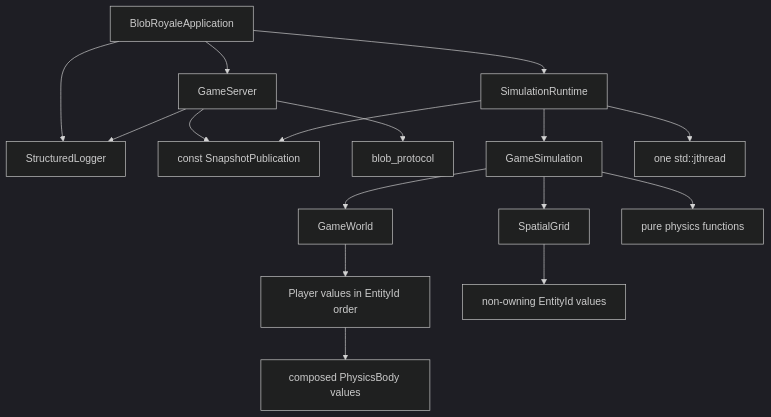
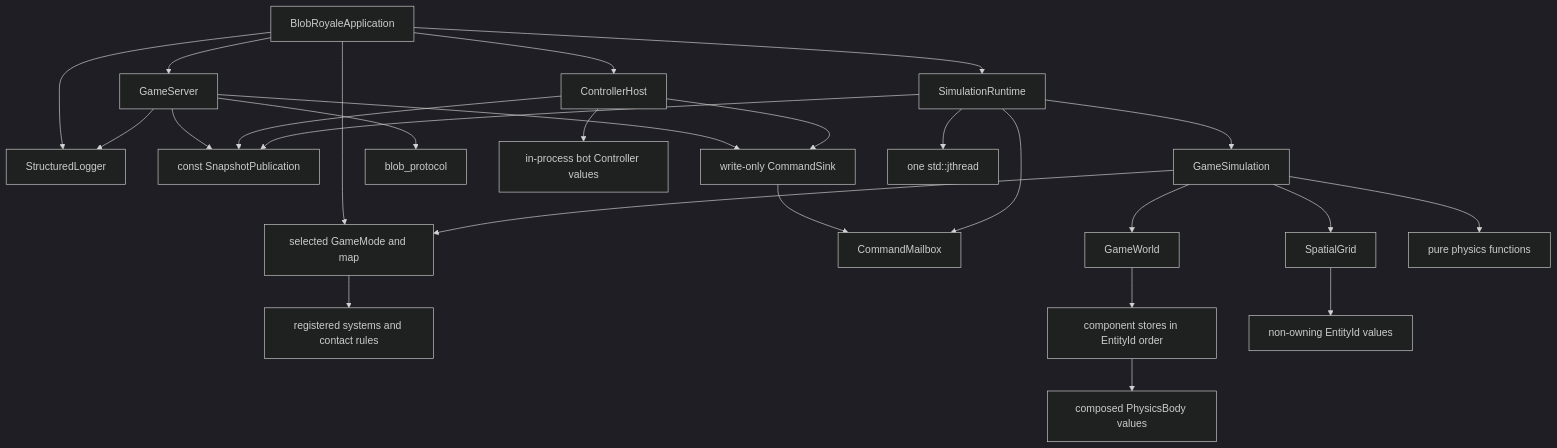
One commit to scshafe/blob-royale changed the diagram in docs/architecture/0002-simulation-architecture.md. Above: the diagram before and after it, drawn with Mermaid (dark theme). The commit also changed other lines of this file and 4 other files, not shown here.

````diff
--- a/docs/architecture/0002-simulation-architecture.md
+++ b/docs/architecture/0002-simulation-architecture.md
@@ -43,18 +51,28 @@
 ```mermaid
 flowchart TD
     Application[BlobRoyaleApplication] --> Runtime[SimulationRuntime]
     Application --> Server[GameServer]
     Application --> Logger[StructuredLogger]
+    Application --> Mode[selected GameMode and map]
+    Application --> Host[ControllerHost]
     Server --> Logger
     Server --> Publication[const SnapshotPublication]
+    Server --> Sink[write-only CommandSink]
     Server --> Protocol[blob_protocol]
+    Host --> Publication
+    Host --> Sink
+    Host --> Bots[in-process bot Controller values]
+    Sink --> Mailbox[CommandMailbox]
+    Runtime --> Mailbox
     Runtime --> Simulation[GameSimulation]
     Runtime --> Thread[one std::jthread]
     Runtime --> Publication
+    Simulation --> Mode
     Simulation --> World[GameWorld]
     Simulation --> Grid[SpatialGrid]
     Simulation --> Physics[pure physics functions]
-    World --> Players[Player values in EntityId order]
-    Players --> Bodies[composed PhysicsBody values]
+    Mode --> Systems[registered systems and contact rules]
+    World --> Components[component stores in EntityId order]
+    Components --> Bodies[composed PhysicsBody values]
     Grid --> Ids[non-owning EntityId values]
 ```
````
